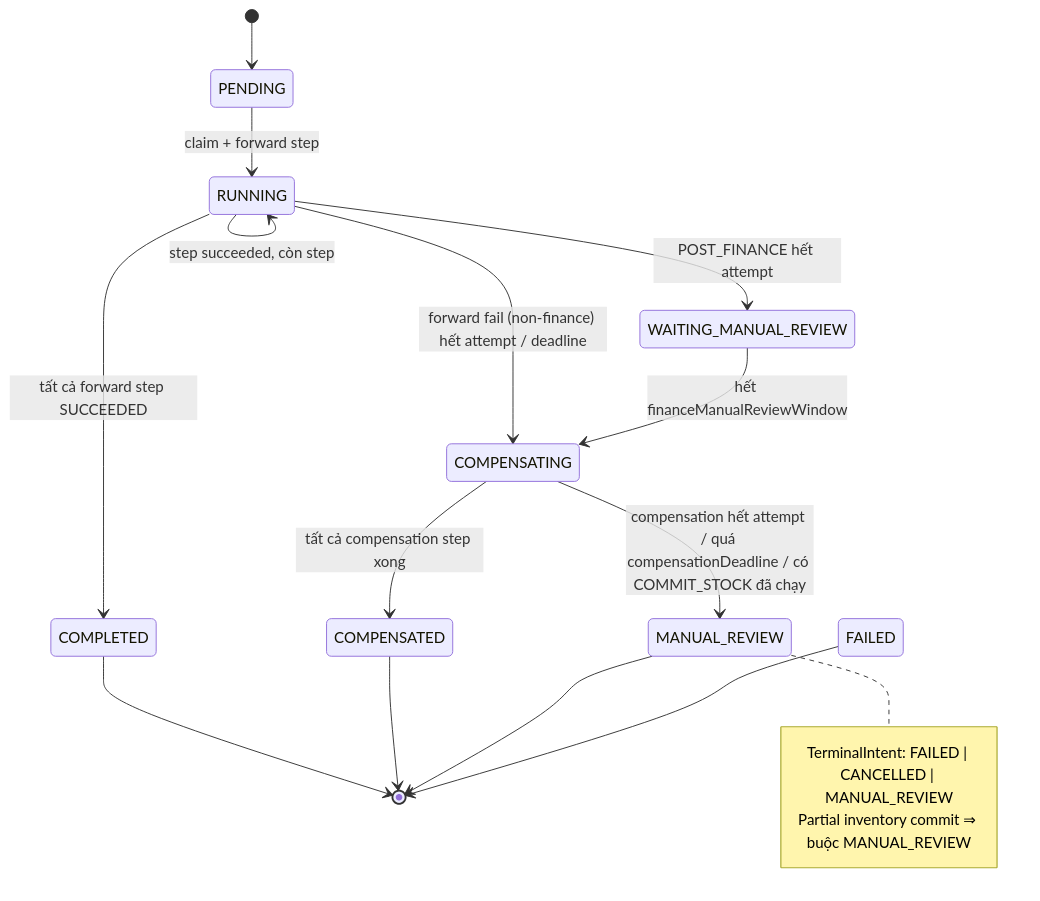
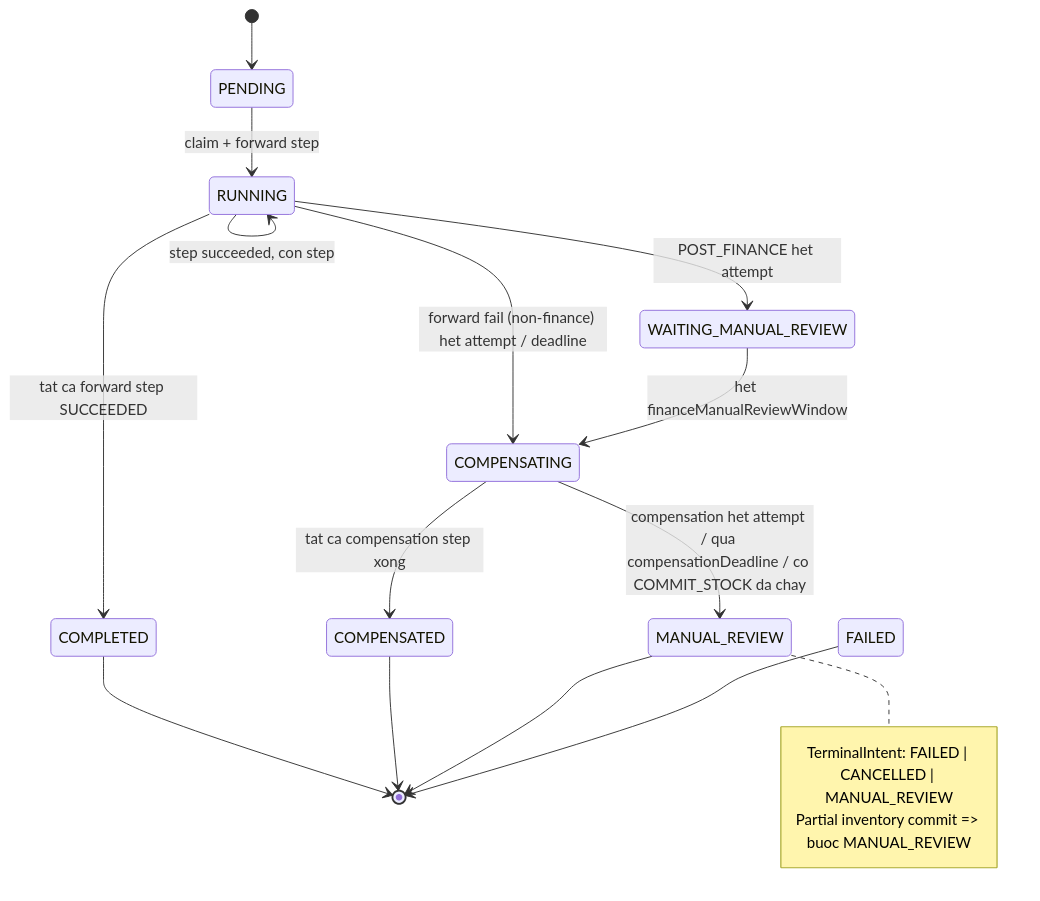
Before and after one commit to hatrongvu13/smartfarm-platform-maven-starter: the first of 4 diagrams in docs/architecture/order-saga.md, drawn with Mermaid. The commit also changed other lines of this file and 4 other files, not shown here.

````diff
--- a/docs/architecture/order-saga.md
+++ b/docs/architecture/order-saga.md
@@ -76,20 +76,20 @@
 ```mermaid
 stateDiagram-v2
     [*] --> PENDING
     PENDING --> RUNNING: claim + forward step
-    RUNNING --> RUNNING: step succeeded, còn step
-    RUNNING --> COMPLETED: tất cả forward step SUCCEEDED
-    RUNNING --> WAITING_MANUAL_REVIEW: POST_FINANCE hết attempt
-    RUNNING --> COMPENSATING: forward fail (non-finance) hết attempt / deadline
-    WAITING_MANUAL_REVIEW --> COMPENSATING: hết financeManualReviewWindow
-    COMPENSATING --> COMPENSATED: tất cả compensation step xong
-    COMPENSATING --> MANUAL_REVIEW: compensation hết attempt / quá compensationDeadline / có COMMIT_STOCK đã chạy
+    RUNNING --> RUNNING: step succeeded, con step
+    RUNNING --> COMPLETED: tat ca forward step SUCCEEDED
+    RUNNING --> WAITING_MANUAL_REVIEW: POST_FINANCE het attempt
+    RUNNING --> COMPENSATING: forward fail (non-finance) het attempt / deadline
+    WAITING_MANUAL_REVIEW --> COMPENSATING: het financeManualReviewWindow
+    COMPENSATING --> COMPENSATED: tat ca compensation step xong
+    COMPENSATING --> MANUAL_REVIEW: compensation het attempt / qua compensationDeadline / co COMMIT_STOCK da chay
     COMPLETED --> [*]
     COMPENSATED --> [*]
     MANUAL_REVIEW --> [*]
     FAILED --> [*]
     note right of MANUAL_REVIEW
       TerminalIntent: FAILED | CANCELLED | MANUAL_REVIEW
-      Partial inventory commit ⇒ buộc MANUAL_REVIEW
+      Partial inventory commit => buoc MANUAL_REVIEW
     end note
 ```
````
